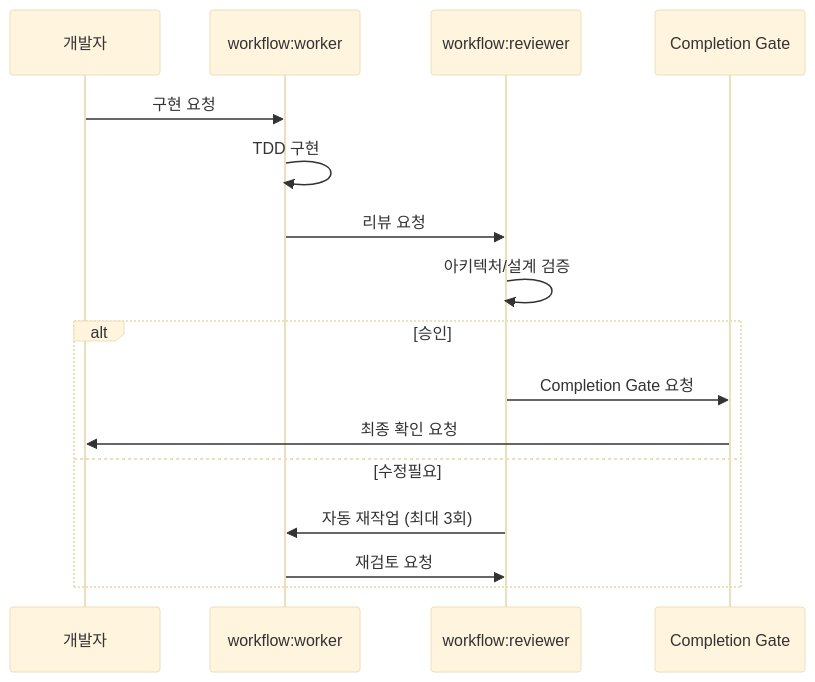
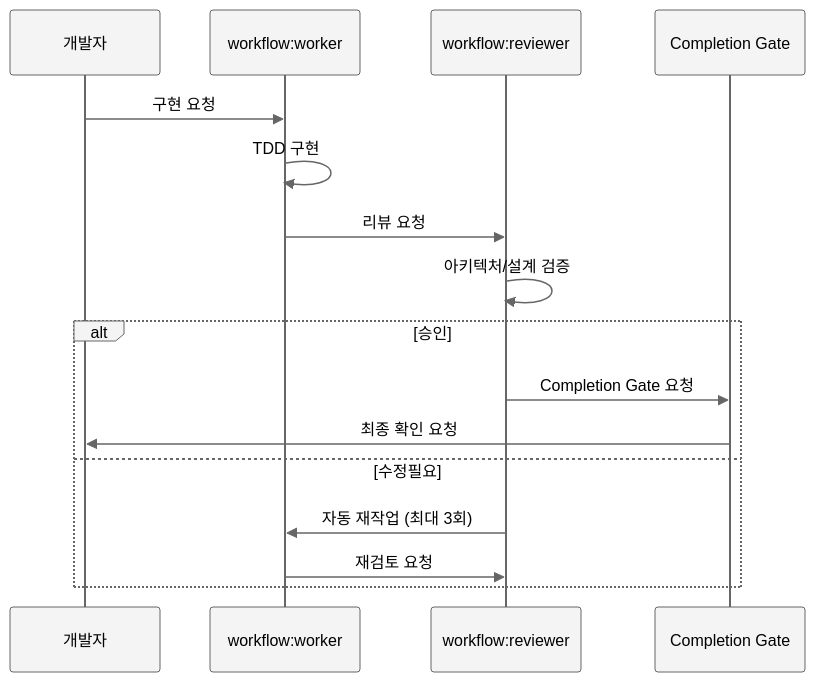
One commit to Wondermove-Inc/calab-claude-plugin changed the second of 3 diagrams in docs/reviewer-separation.md. Above: the diagram before and after it, drawn with Mermaid. The commit also changed other lines of this file, not shown here.

First line of the commit message:
[fix]: Mermaid 다이어그램 가시성 개선 - 다크/라이트 테마 모두 지원

````diff
--- a/docs/reviewer-separation.md
+++ b/docs/reviewer-separation.md
@@ -232,21 +234,21 @@
 ```mermaid
-%%{init: {'theme':'base', 'themeVariables': { 'fontSize':'14px'}, 'elk': {'mergeEdges': true}}}%%
+%%{init: {'theme':'base', 'themeVariables': { 'fontSize':'14px', 'actorBkg':'#f4f4f4', 'actorBorder':'#666', 'actorTextColor':'#000', 'actorLineColor':'#666', 'signalColor':'#666', 'signalTextColor':'#000', 'labelBoxBkgColor':'#f4f4f4', 'labelBoxBorderColor':'#666', 'labelTextColor':'#000', 'loopTextColor':'#000', 'noteBkgColor':'#fff9e6', 'noteBorderColor':'#666', 'noteTextColor':'#000', 'activationBkgColor':'#ddd', 'activationBorderColor':'#666', 'sequenceNumberColor':'#000'}, 'elk': {'mergeEdges': true}}}%%
 sequenceDiagram
     participant Dev as 개발자
     participant Worker as workflow:worker
     participant Reviewer as workflow:reviewer
     participant Gate as Completion Gate
 
     Dev->>Worker: 구현 요청
     Worker->>Worker: TDD 구현
     Worker->>Reviewer: 리뷰 요청
     Reviewer->>Reviewer: 아키텍처/설계 검증
 
     alt 승인
         Reviewer->>Gate: Completion Gate 요청
         Gate->>Dev: 최종 확인 요청
     else 수정필요
         Reviewer->>Worker: 자동 재작업 (최대 3회)
         Worker->>Reviewer: 재검토 요청
     end
 ```
````
